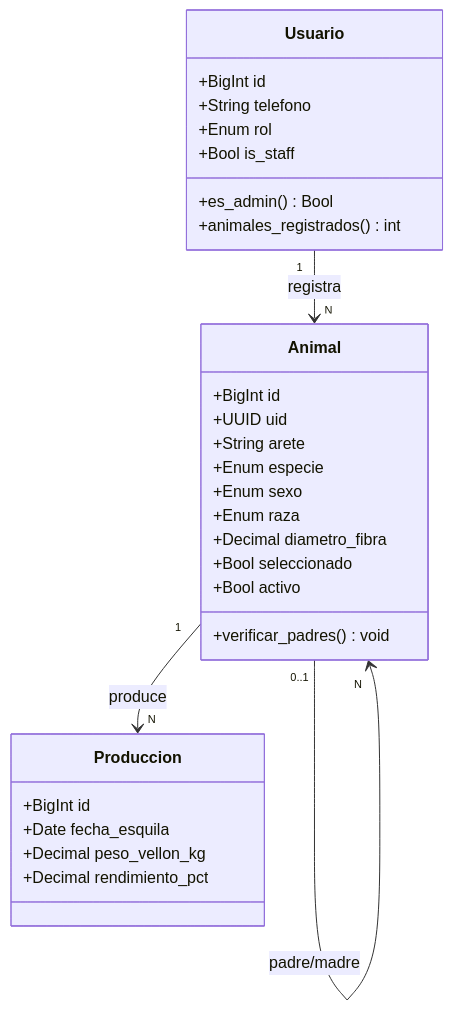
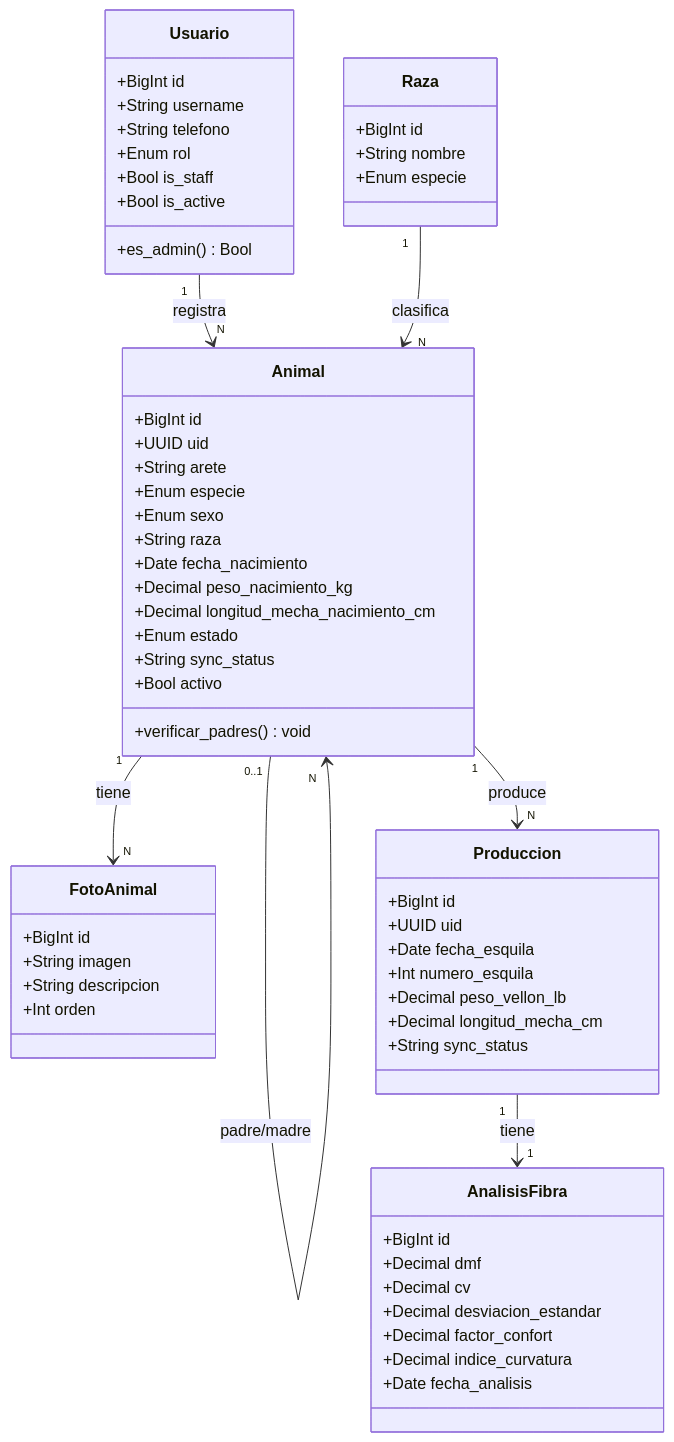
The fourth of 8 diagrams in docs/software/files/Diagramas_Mermaid.md (LuisAlbertoQ/epe-wawa-pacocha), drawn with Mermaid before and after one commit. The commit also changed other lines of this file and 7 other files, not shown here.

Commit message:
Actualiza diagramas y textos del sitio segun el MVP (Wawa Pacocha)

````diff
--- a/docs/software/files/Diagramas_Mermaid.md
+++ b/docs/software/files/Diagramas_Mermaid.md
@@ -246,32 +256,62 @@
 ```mermaid
 classDiagram
     class Usuario {
         +BigInt id
+        +String username
         +String telefono
         +Enum rol
         +Bool is_staff
+        +Bool is_active
         +es_admin() Bool
-        +animales_registrados() int
+    }
+    class Raza {
+        +BigInt id
+        +String nombre
+        +Enum especie
     }
     class Animal {
         +BigInt id
         +UUID uid
         +String arete
         +Enum especie
         +Enum sexo
-        +Enum raza
-        +Decimal diametro_fibra
-        +Bool seleccionado
+        +String raza
+        +Date fecha_nacimiento
+        +Decimal peso_nacimiento_kg
+        +Decimal longitud_mecha_nacimiento_cm
+        +Enum estado
+        +String sync_status
         +Bool activo
         +verificar_padres() void
     }
+    class FotoAnimal {
+        +BigInt id
+        +String imagen
+        +String descripcion
+        +Int orden
+    }
     class Produccion {
         +BigInt id
+        +UUID uid
         +Date fecha_esquila
-        +Decimal peso_vellon_kg
-        +Decimal rendimiento_pct
+        +Int numero_esquila
+        +Decimal peso_vellon_lb
+        +Decimal longitud_mecha_cm
+        +String sync_status
+    }
+    class AnalisisFibra {
+        +BigInt id
+        +Decimal dmf
+        +Decimal cv
+        +Decimal desviacion_estandar
+        +Decimal factor_confort
+        +Decimal indice_curvatura
+        +Date fecha_analisis
     }
     Usuario "1" --> "N" Animal : registra
+    Raza "1" --> "N" Animal : clasifica
     Animal "0..1" --> "N" Animal : padre/madre
+    Animal "1" --> "N" FotoAnimal : tiene
     Animal "1" --> "N" Produccion : produce
+    Produccion "1" --> "1" AnalisisFibra : tiene
 ```
````
